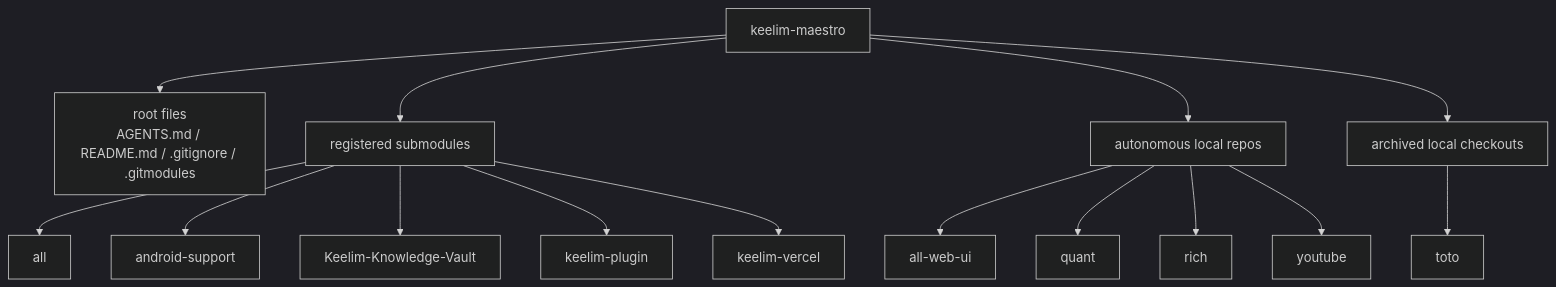
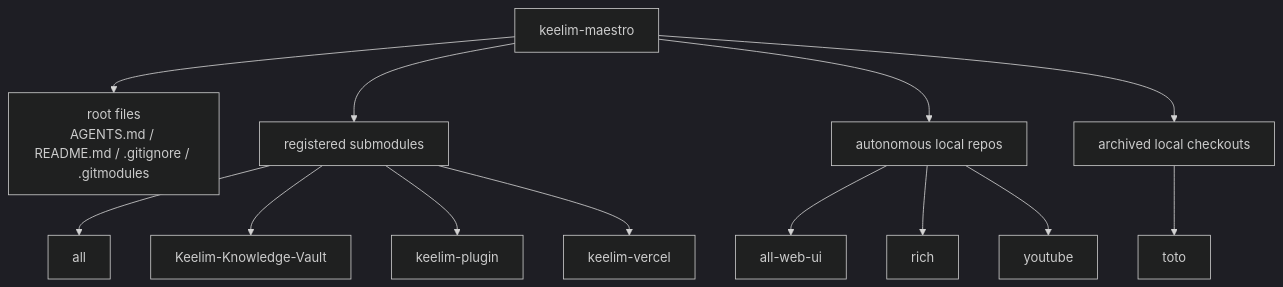
One commit to keelim/keelim-maestro changed the first of 2 diagrams in README.md. Above: the diagram before and after it, drawn with Mermaid (dark theme). The commit also changed other lines of this file and 22 other files, not shown here.

Commit message:
docs: document workspace coordination and remove root chart

````diff
--- a/README.md
+++ b/README.md
@@ -7,21 +9,19 @@
 ```mermaid
 flowchart TB
     root["keelim-maestro"]
 
     root --> rootFiles["root files<br/>AGENTS.md / README.md / .gitignore / .gitmodules"]
     root --> submodules["registered submodules"]
     root --> localRepos["autonomous local repos"]
     root --> archivedRepos["archived local checkouts"]
 
     submodules --> all["all"]
-    submodules --> android["android-support"]
     submodules --> vault["Keelim-Knowledge-Vault"]
     submodules --> skill["keelim-plugin"]
     submodules --> vercel["keelim-vercel"]
 
     localRepos --> allWebUi["all-web-ui"]
-    localRepos --> quant["quant"]
     localRepos --> rich["rich"]
     localRepos --> youtube["youtube"]
     archivedRepos --> toto["toto"]
 ```
````
